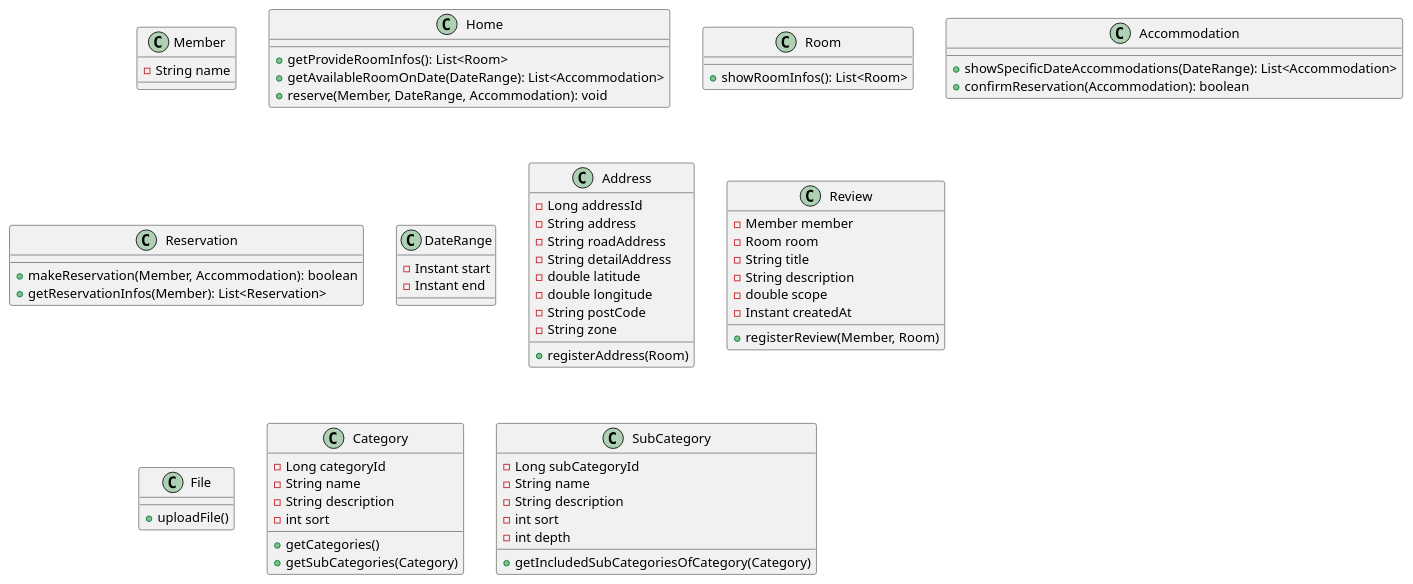
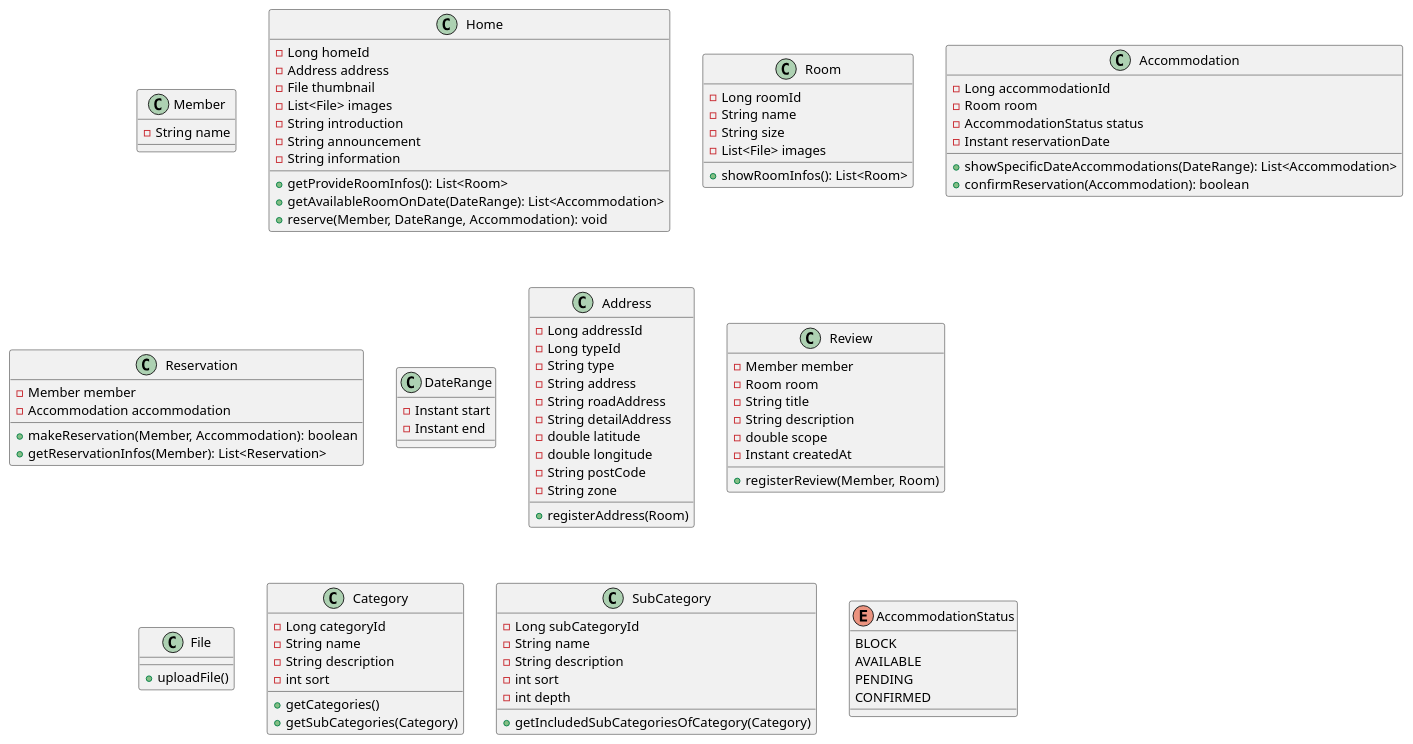
Before and after one commit to f-lab-edu/room-reservation-service: the diagram in class-diagram.puml, drawn with PlantUML.

Commit message:
feat: 클래스 상태 추가

```diff
--- a/class-diagram.puml
+++ b/class-diagram.puml
@@ -1,75 +1,101 @@
 @startuml
 class Member {
   -String name
 }
 
 class Home {
+  -Long homeId
+  -Address address
+  -File thumbnail
+  -List<File> images
+  -String introduction
+  -String announcement
+  -String information
   +getProvideRoomInfos(): List<Room>
   +getAvailableRoomOnDate(DateRange): List<Accommodation>
   +reserve(Member, DateRange, Accommodation): void
 }
 
 class Room {
+  -Long roomId
+  -String name
+  -String size
+  -List<File> images
   +showRoomInfos(): List<Room>
 }
 
 class Accommodation {
+  -Long accommodationId
+  -Room room
+  -AccommodationStatus status
+  -Instant reservationDate
   +showSpecificDateAccommodations(DateRange): List<Accommodation>
   +confirmReservation(Accommodation): boolean
 }
 
 class Reservation {
+  -Member member
+  -Accommodation accommodation
   +makeReservation(Member, Accommodation): boolean
   +getReservationInfos(Member): List<Reservation>
 }
 
 class DateRange {
   -Instant start
   -Instant end
 }
 
 class Address {
   -Long addressId
+  -Long typeId
+  -String type
   -String address
   -String roadAddress
   -String detailAddress
   -double latitude
   -double longitude
   -String postCode
   -String zone
   +registerAddress(Room)
 }
 
 class Review {
   -Member member
   -Room room
   -String title
   -String description
   -double scope
   -Instant createdAt
   +registerReview(Member, Room)
 }
 
 class File {
   +uploadFile()
 }
 
 class Category {
   -Long categoryId
   -String name
   -String description
   -int sort
   +getCategories()
   +getSubCategories(Category)
 }
 
 class SubCategory {
   -Long subCategoryId
   -String name
   -String description
   -int sort
   -int depth
   +getIncludedSubCategoriesOfCategory(Category)
 }
 
+enum AccommodationStatus {
+  BLOCK
+  AVAILABLE
+  PENDING
+  CONFIRMED
+}
+
 @enduml
```
